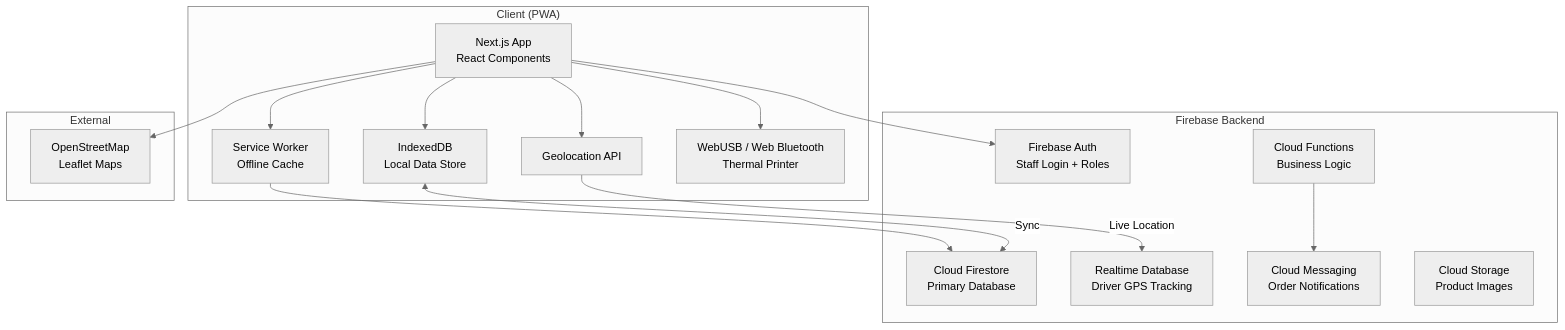
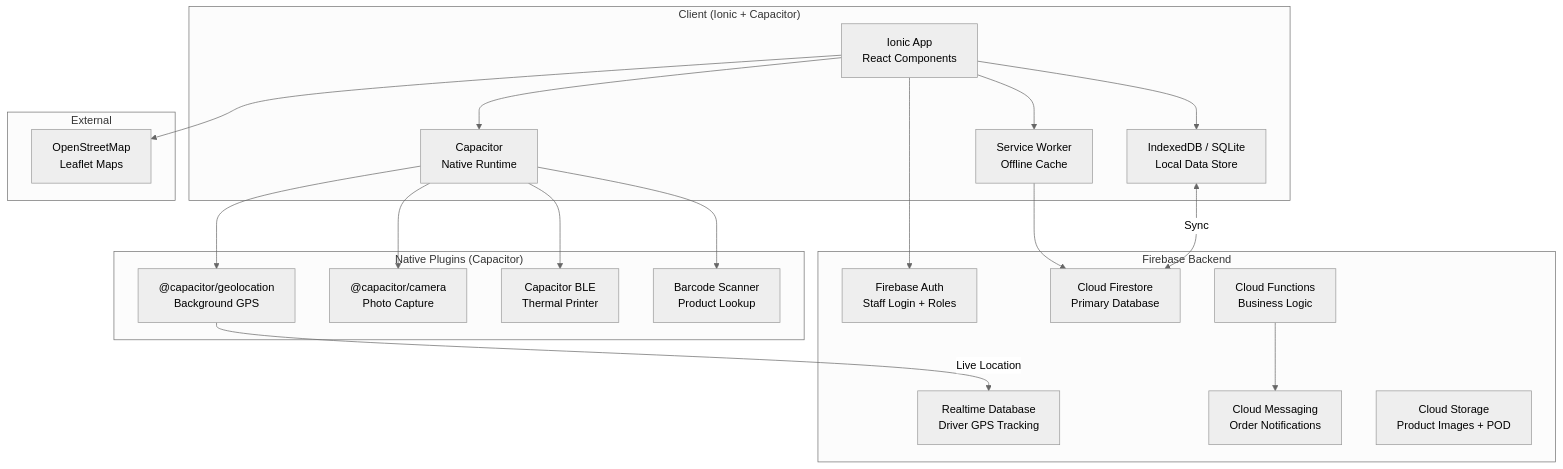
The first of 2 diagrams in docs/implementation_plan.md (susilozone-glitch/skokpos), drawn with Mermaid (neutral theme) before and after one commit. The commit also changed other lines of this file and 1 other file, not shown here.

First line of the commit message:
docs: Switch framework from Next.js to Ionic + Capacitor (v3.0)

````diff
--- a/docs/implementation_plan.md
+++ b/docs/implementation_plan.md
@@ -7,34 +9,43 @@
 ```mermaid
 graph TB
-    subgraph "Client (PWA)"
-        UI["Next.js App<br/>React Components"]
+    subgraph "Client (Ionic + Capacitor)"
+        UI["Ionic App<br/>React Components"]
+        CAP["Capacitor<br/>Native Runtime"]
         SW["Service Worker<br/>Offline Cache"]
-        IDB["IndexedDB<br/>Local Data Store"]
-        GPS["Geolocation API"]
-        BT["WebUSB / Web Bluetooth<br/>Thermal Printer"]
+        IDB["IndexedDB / SQLite<br/>Local Data Store"]
+    end
+
+    subgraph "Native Plugins (Capacitor)"
+        GPS["@capacitor/geolocation<br/>Background GPS"]
+        CAM["@capacitor/camera<br/>Photo Capture"]
+        BLE["Capacitor BLE<br/>Thermal Printer"]
+        BAR["Barcode Scanner<br/>Product Lookup"]
     end
 
     subgraph "Firebase Backend"
         AUTH["Firebase Auth<br/>Staff Login + Roles"]
         FS["Cloud Firestore<br/>Primary Database"]
         RT["Realtime Database<br/>Driver GPS Tracking"]
         FCM["Cloud Messaging<br/>Order Notifications"]
         CF["Cloud Functions<br/>Business Logic"]
-        STORE["Cloud Storage<br/>Product Images"]
+        STORE["Cloud Storage<br/>Product Images + POD"]
     end
 
     subgraph "External"
         OSM["OpenStreetMap<br/>Leaflet Maps"]
     end
 
+    UI --> CAP
     UI --> SW
     UI --> IDB
-    UI --> GPS
-    UI --> BT
+    CAP --> GPS
+    CAP --> CAM
+    CAP --> BLE
+    CAP --> BAR
     SW --> FS
     IDB <-->|"Sync"| FS
     GPS -->|"Live Location"| RT
     UI --> AUTH
     UI --> OSM
     CF --> FCM
 ```
````
